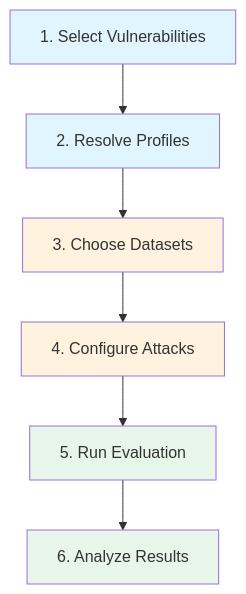
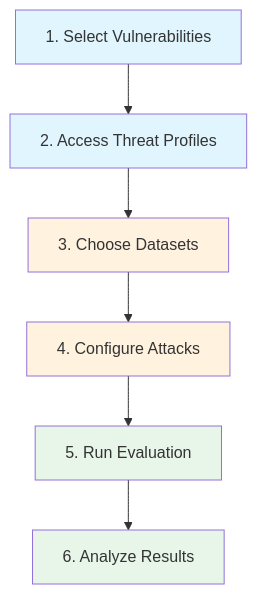
One commit to AISecurityLab/hackagent changed the diagram in docs/docs/risks/evaluation-campaigns.md. Above: the diagram before and after it, drawn with Mermaid. The commit also changed other lines of this file and 52 other files, not shown here.

````diff
--- a/docs/docs/risks/evaluation-campaigns.md
+++ b/docs/docs/risks/evaluation-campaigns.md
@@ -11,15 +22,15 @@
 ```mermaid
 graph TD
-    A[1. Select Vulnerabilities] --> B[2. Resolve Profiles]
+    A[1. Select Vulnerabilities] --> B[2. Access Threat Profiles]
     B --> C[3. Choose Datasets]
     C --> D[4. Configure Attacks]
     D --> E[5. Run Evaluation]
     E --> F[6. Analyze Results]
-    
+
     style A fill:#e1f5fe
     style B fill:#e1f5fe
     style C fill:#fff3e0
     style D fill:#fff3e0
     style E fill:#e8f5e9
     style F fill:#e8f5e9
 ```
````
